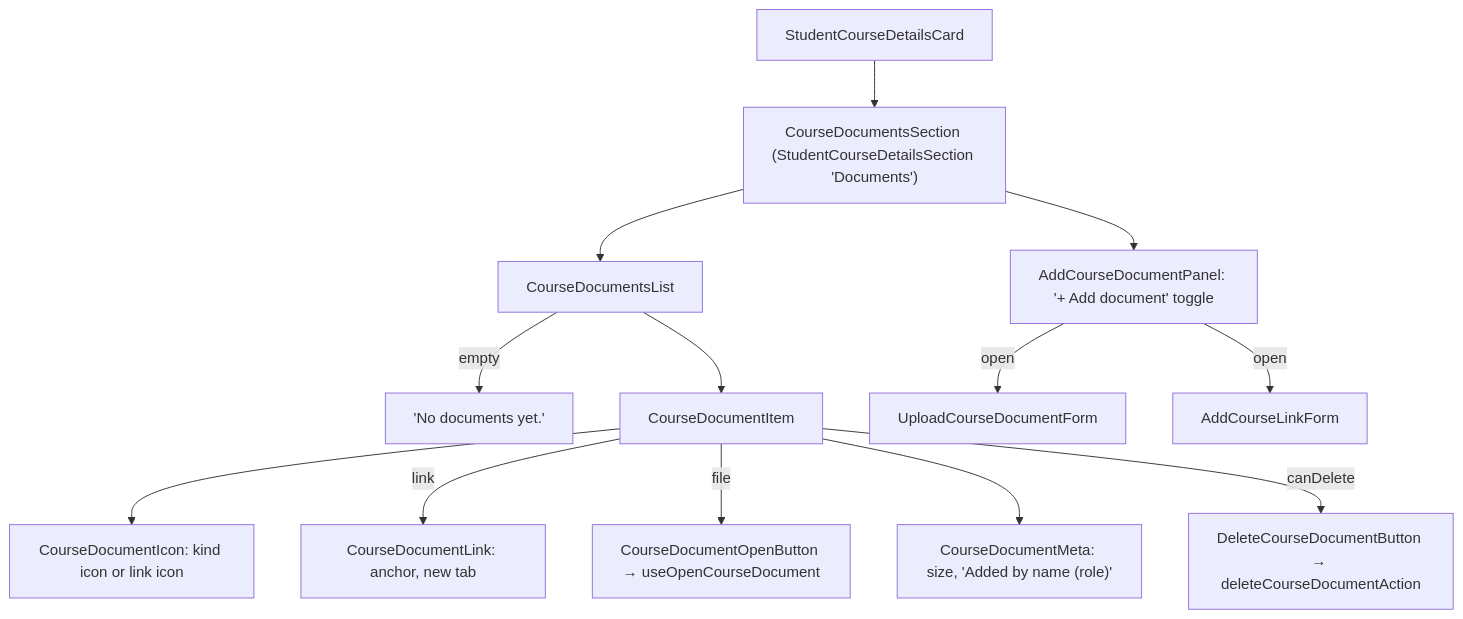
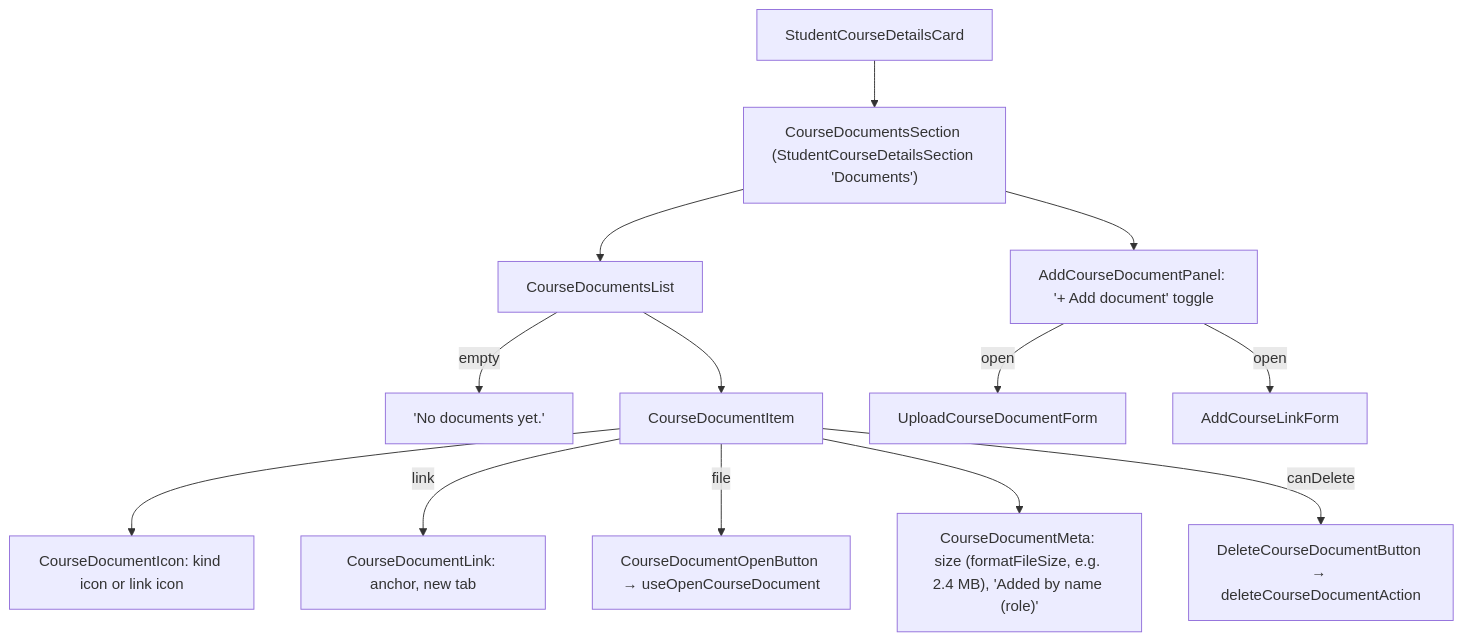
Before and after one commit to KaterynaKocheharova/Practice-app: the first of 3 diagrams in front/src/docs/course-documents.md, drawn with Mermaid. The commit also changed other lines of this file and 12 other files, not shown here.

````diff
--- a/front/src/docs/course-documents.md
+++ b/front/src/docs/course-documents.md
@@ -30,15 +30,15 @@
 ```mermaid
 flowchart TD
   Card[StudentCourseDetailsCard] --> Section["CourseDocumentsSection (StudentCourseDetailsSection 'Documents')"]
   Section --> List[CourseDocumentsList]
   List -- empty --> Empty["'No documents yet.'"]
   List --> Item[CourseDocumentItem]
   Item --> Icon["CourseDocumentIcon: kind icon or link icon"]
   Item -- link --> Link["CourseDocumentLink: anchor, new tab"]
   Item -- file --> Open["CourseDocumentOpenButton → useOpenCourseDocument"]
-  Item --> Meta["CourseDocumentMeta: size, 'Added by name (role)'"]
+  Item --> Meta["CourseDocumentMeta: size (formatFileSize, e.g. 2.4 MB), 'Added by name (role)'"]
   Item -- canDelete --> Delete["DeleteCourseDocumentButton → deleteCourseDocumentAction"]
   Section --> Panel["AddCourseDocumentPanel: '+ Add document' toggle"]
   Panel -- open --> Upload[UploadCourseDocumentForm]
   Panel -- open --> AddLink[AddCourseLinkForm]
 ```
````
